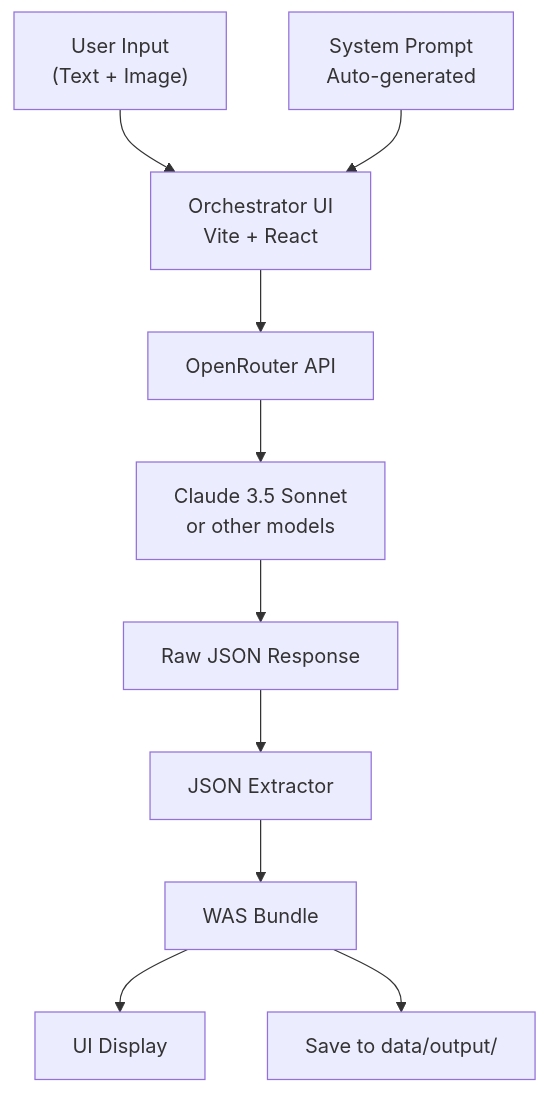
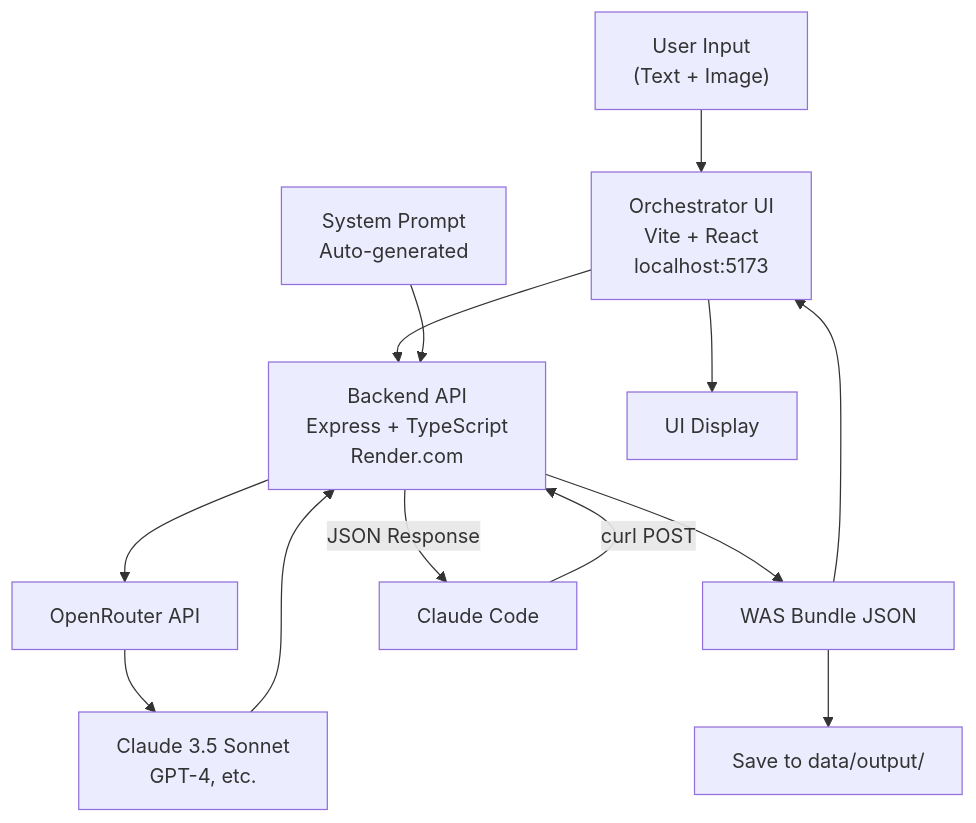
The first of 2 diagrams in docs/project-management/phases/phase_02_tooling.md (Robs-Git-Hub/website-design-tool), drawn with Mermaid before and after one commit. The commit also changed other lines of this file and 2 other files, not shown here.

First line of the commit message:
docs: update documentation for backend API deployment

````diff
--- a/docs/project-management/phases/phase_02_tooling.md
+++ b/docs/project-management/phases/phase_02_tooling.md
@@ -95,12 +139,16 @@
 ```mermaid
 graph TB
-    Input["User Input<br/>(Text + Image)"] --> UI[Orchestrator UI<br/>Vite + React]
-    Prompt[System Prompt<br/>Auto-generated] --> UI
-    UI --> OpenRouter[OpenRouter API]
-    OpenRouter --> LLM[Claude 3.5 Sonnet<br/>or other models]
-    LLM --> JSON[Raw JSON Response]
-    JSON --> Extract[JSON Extractor]
-    Extract --> Bundle[WAS Bundle]
-    Bundle --> Display[UI Display]
+    Input["User Input<br/>(Text + Image)"] --> UI[Orchestrator UI<br/>Vite + React<br/>localhost:5173]
+    UI --> API[Backend API<br/>Express + TypeScript<br/>Render.com]
+    Prompt[System Prompt<br/>Auto-generated] --> API
+    API --> OpenRouter[OpenRouter API]
+    OpenRouter --> LLM[Claude 3.5 Sonnet<br/>GPT-4, etc.]
+    LLM --> API
+    API --> Bundle[WAS Bundle JSON]
+    Bundle --> UI
+    UI --> Display[UI Display]
     Bundle --> Download[Save to data/output/]
+
+    Claude[Claude Code] -->|curl POST| API
+    API -->|JSON Response| Claude
 ```
````
